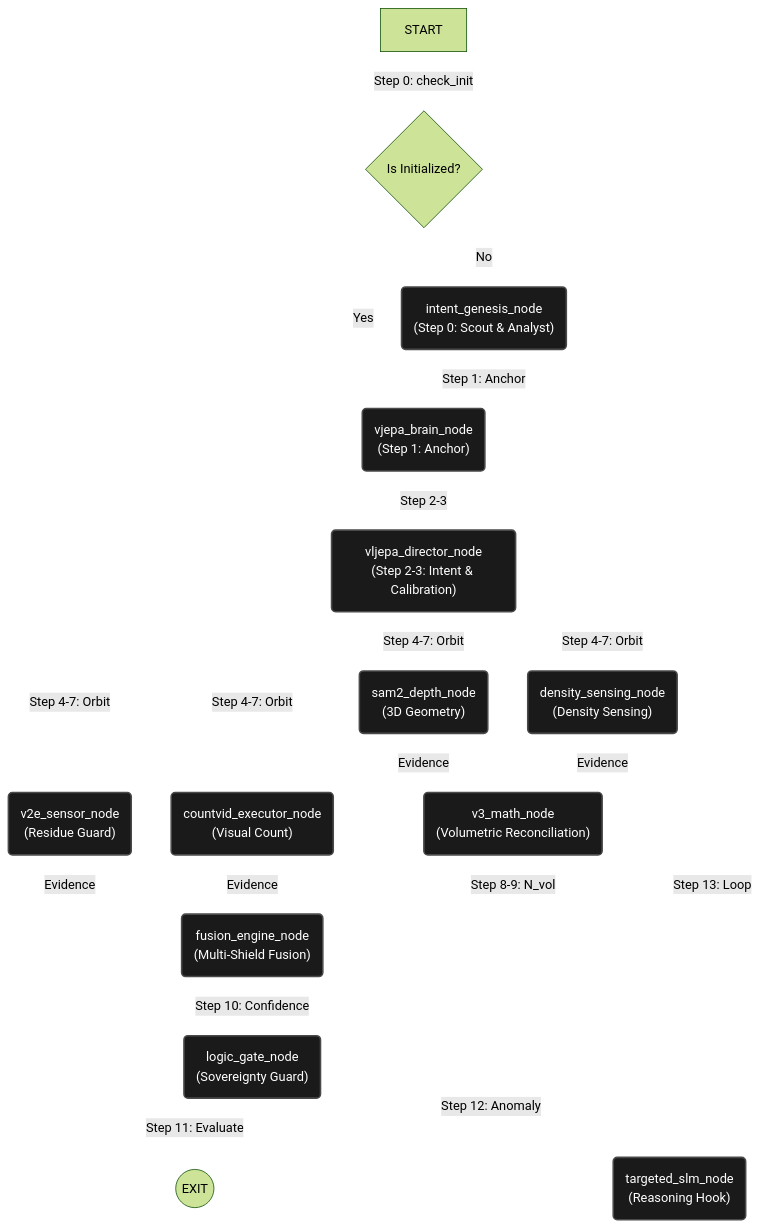
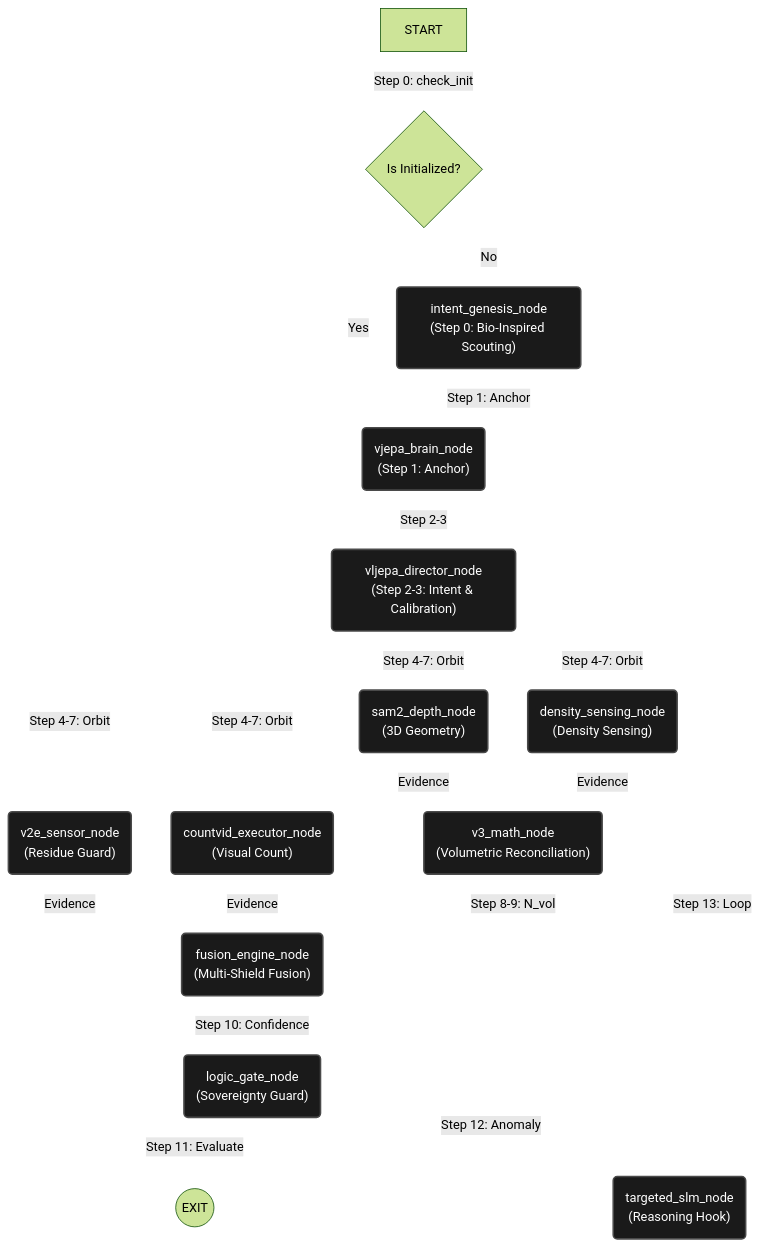
Before and after one commit to Yonnnnnnnnn/numeri-vjepa-experiment: the diagram in Architecture_Diagram.md, drawn with Mermaid (forest theme). The commit also changed 6 other files, not shown here.

Commit message:
docs: update Technical Docs for Bio-Inspired Scouting (v4.1)

````diff
--- a/Architecture_Diagram.md
+++ b/Architecture_Diagram.md
@@ -27,44 +27,44 @@
 ```mermaid
 graph TD
     %% Define Objects (Nodes)
     %% Define Objects (Nodes)
-    intent_genesis_node("intent_genesis_node<br>(Step 0: Scout & Analyst)")
+    intent_genesis_node("intent_genesis_node<br>(Step 0: Bio-Inspired Scouting)")
     vjepa_brain_node("vjepa_brain_node<br>(Step 1: Anchor)")
     vljepa_director_node("vljepa_director_node<br>(Step 2-3: Intent & Calibration)")
     v2e_sensor_node("v2e_sensor_node<br>(Residue Guard)")
     sam2_depth_node("sam2_depth_node<br>(3D Geometry)")
     density_sensing_node("density_sensing_node<br>(Density Sensing)")
     countvid_executor_node("countvid_executor_node<br>(Visual Count)")
     v3_math_node("v3_math_node<br>(Volumetric Reconciliation)")
     fusion_engine_node("fusion_engine_node<br>(Multi-Shield Fusion)")
     logic_gate_node("logic_gate_node<br>(Sovereignty Guard)")
     targeted_slm_node("targeted_slm_node<br>(Reasoning Hook)")
 
     %% Define Sovereignty Flow (14-Step Recursive)
     START["START"] -- "Step 0: check_init" --> init_gate{Is Initialized?}
     init_gate -- "No" --> intent_genesis_node
     init_gate -- "Yes" --> vjepa_brain_node
 
     intent_genesis_node -- "Step 1: Anchor" --> vjepa_brain_node
     vjepa_brain_node -- "Step 2-3" --> vljepa_director_node
     vljepa_director_node -- "Step 4-7: Orbit" --> v2e_sensor_node
     vljepa_director_node -- "Step 4-7: Orbit" --> sam2_depth_node
     vljepa_director_node -- "Step 4-7: Orbit" --> density_sensing_node
     vljepa_director_node -- "Step 4-7: Orbit" --> countvid_executor_node
 
     v2e_sensor_node -- "Evidence" --> fusion_engine_node
     sam2_depth_node -- "Evidence" --> v3_math_node
     density_sensing_node -- "Evidence" --> v3_math_node
     countvid_executor_node -- "Evidence" --> fusion_engine_node
 
     v3_math_node -- "Step 8-9: N_vol" --> fusion_engine_node
     fusion_engine_node -- "Step 10: Confidence" --> logic_gate_node
     logic_gate_node -- "Step 11: Evaluate" --> EXIT((EXIT))
     logic_gate_node -- "Step 12: Anomaly" --> targeted_slm_node
     targeted_slm_node -- "Step 13: Loop" --> vljepa_director_node
 
     %% Styling
     linkStyle default stroke-width:2px,fill:none,stroke:white;
     classDef object fill:#1a1a1a,stroke:#4a4a4a,stroke-width:2px,color:white;
     class intent_genesis_node,vjepa_brain_node,vljepa_director_node,v2e_sensor_node,sam2_depth_node,density_sensing_node,countvid_executor_node,v3_math_node,fusion_engine_node,logic_gate_node,targeted_slm_node object;
 ```
````
